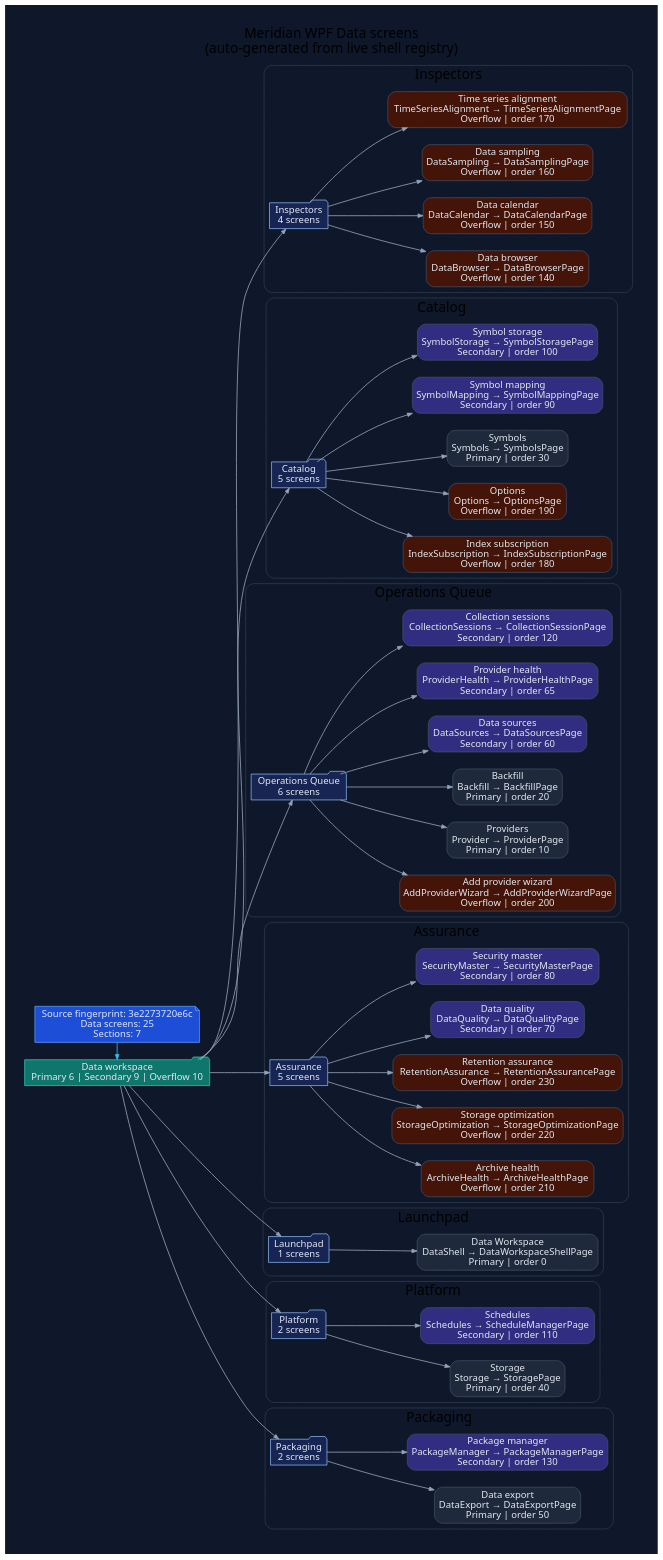
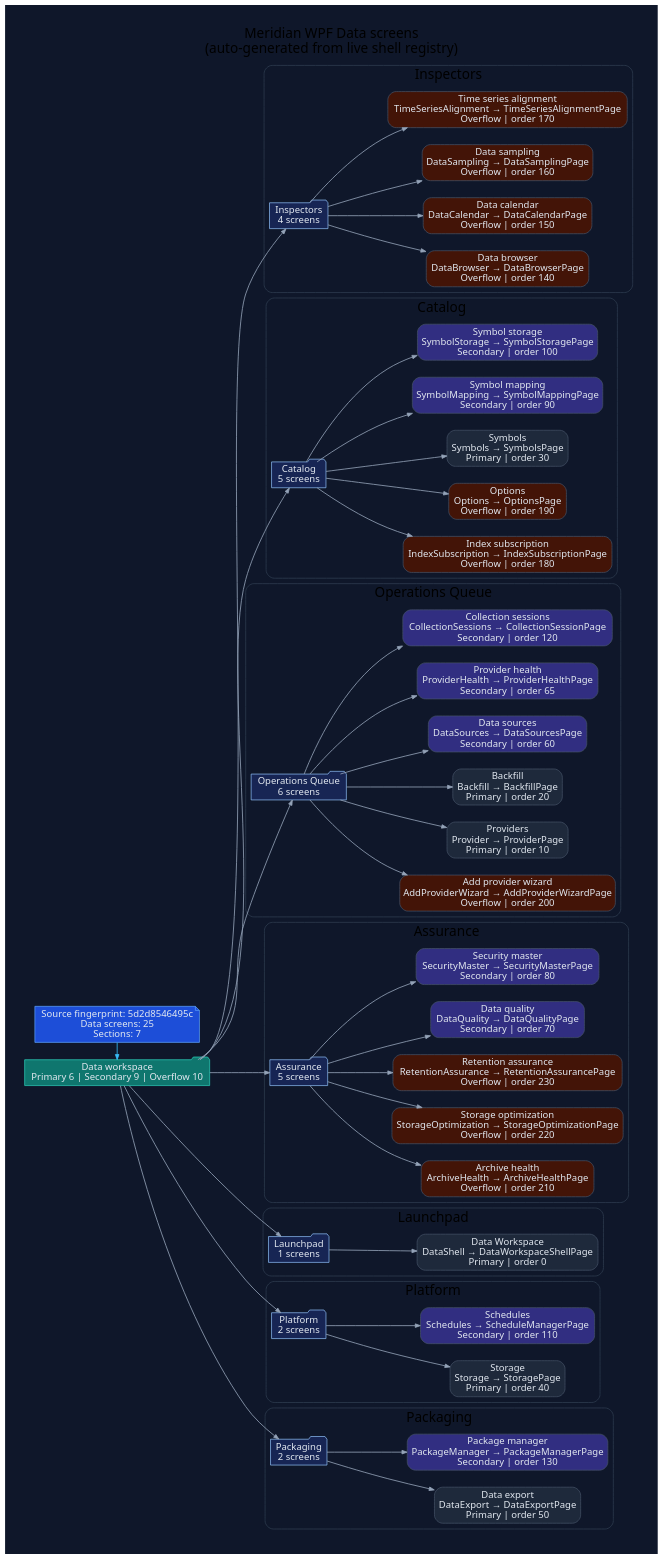
The diagram in docs/diagrams/ui/ui-wpf-screens-data.dot (rodoHasArrived/Meridian-main), drawn with Graphviz before and after one commit. The commit also changed 49 other files, not shown here.

Commit message:
Honor recurring request JSON contracts and refresh generated diagrams

```diff
--- a/docs/diagrams/ui/ui-wpf-screens-data.dot
+++ b/docs/diagrams/ui/ui-wpf-screens-data.dot
@@ -1,132 +1,132 @@
 // -----------------------------------------------------------------------------
 // <auto-generated>
 // Generated by scripts/generate-diagrams.mjs.
 // Do not edit this file directly; update the WPF source files instead.
 // -----------------------------------------------------------------------------
 digraph WpfDataScreens {
   graph [
     rankdir=LR,
     labelloc=t,
     label="Meridian WPF Data screens\n(auto-generated from live shell registry)",
     fontname="Segoe UI",
     fontsize=20,
     pad=0.4,
     nodesep=0.35,
     ranksep=0.85,
     bgcolor="#0f172a"
   ];
   node [fontname="Segoe UI", shape=box, style="rounded,filled", color="#475569", fontcolor="#e2e8f0", fillcolor="#1e293b"];
   edge [fontname="Segoe UI", color="#94a3b8", penwidth=1.2, arrowsize=0.75];
 
-  generated [shape=note, fillcolor="#1d4ed8", color="#60a5fa", label="Source fingerprint: 3e2273720e6c\nData screens: 25\nSections: 7"];
+  generated [shape=note, fillcolor="#1d4ed8", color="#60a5fa", label="Source fingerprint: 5d2d8546495c\nData screens: 25\nSections: 7"];
   workspace [shape=folder, fillcolor="#0f766e", color="#2dd4bf", label="Data workspace\nPrimary 6 | Secondary 9 | Overflow 10"];
   generated -> workspace [color="#38bdf8"];
 
   subgraph cluster_section_1 {
     label="Inspectors";
     color="#334155";
     style="rounded";
     section_1 [shape=folder, fillcolor="#172554", color="#93c5fd", label="Inspectors\n4 screens"];
     workspace -> section_1;
     screen_DataBrowser [fillcolor="#431407", label="Data browser\nDataBrowser → DataBrowserPage\nOverflow | order 140"];
     section_1 -> screen_DataBrowser;
     screen_DataCalendar [fillcolor="#431407", label="Data calendar\nDataCalendar → DataCalendarPage\nOverflow | order 150"];
     section_1 -> screen_DataCalendar;
     screen_DataSampling [fillcolor="#431407", label="Data sampling\nDataSampling → DataSamplingPage\nOverflow | order 160"];
     section_1 -> screen_DataSampling;
     screen_TimeSeriesAlignment [fillcolor="#431407", label="Time series alignment\nTimeSeriesAlignment → TimeSeriesAlignmentPage\nOverflow | order 170"];
     section_1 -> screen_TimeSeriesAlignment;
   }
 
   subgraph cluster_section_2 {
     label="Catalog";
     color="#334155";
     style="rounded";
     section_2 [shape=folder, fillcolor="#172554", color="#93c5fd", label="Catalog\n5 screens"];
     workspace -> section_2;
     screen_IndexSubscription [fillcolor="#431407", label="Index subscription\nIndexSubscription → IndexSubscriptionPage\nOverflow | order 180"];
     section_2 -> screen_IndexSubscription;
     screen_Options [fillcolor="#431407", label="Options\nOptions → OptionsPage\nOverflow | order 190"];
     section_2 -> screen_Options;
     screen_Symbols [fillcolor="#1e293b", label="Symbols\nSymbols → SymbolsPage\nPrimary | order 30"];
     section_2 -> screen_Symbols;
     screen_SymbolMapping [fillcolor="#312e81", label="Symbol mapping\nSymbolMapping → SymbolMappingPage\nSecondary | order 90"];
     section_2 -> screen_SymbolMapping;
     screen_SymbolStorage [fillcolor="#312e81", label="Symbol storage\nSymbolStorage → SymbolStoragePage\nSecondary | order 100"];
     section_2 -> screen_SymbolStorage;
   }
 
   subgraph cluster_section_3 {
     label="Operations Queue";
     color="#334155";
     style="rounded";
     section_3 [shape=folder, fillcolor="#172554", color="#93c5fd", label="Operations Queue\n6 screens"];
     workspace -> section_3;
     screen_AddProviderWizard [fillcolor="#431407", label="Add provider wizard\nAddProviderWizard → AddProviderWizardPage\nOverflow | order 200"];
     section_3 -> screen_AddProviderWizard;
     screen_Provider [fillcolor="#1e293b", label="Providers\nProvider → ProviderPage\nPrimary | order 10"];
     section_3 -> screen_Provider;
     screen_Backfill [fillcolor="#1e293b", label="Backfill\nBackfill → BackfillPage\nPrimary | order 20"];
     section_3 -> screen_Backfill;
     screen_DataSources [fillcolor="#312e81", label="Data sources\nDataSources → DataSourcesPage\nSecondary | order 60"];
     section_3 -> screen_DataSources;
     screen_ProviderHealth [fillcolor="#312e81", label="Provider health\nProviderHealth → ProviderHealthPage\nSecondary | order 65"];
     section_3 -> screen_ProviderHealth;
     screen_CollectionSessions [fillcolor="#312e81", label="Collection sessions\nCollectionSessions → CollectionSessionPage\nSecondary | order 120"];
     section_3 -> screen_CollectionSessions;
   }
 
   subgraph cluster_section_4 {
     label="Assurance";
     color="#334155";
     style="rounded";
     section_4 [shape=folder, fillcolor="#172554", color="#93c5fd", label="Assurance\n5 screens"];
     workspace -> section_4;
     screen_ArchiveHealth [fillcolor="#431407", label="Archive health\nArchiveHealth → ArchiveHealthPage\nOverflow | order 210"];
     section_4 -> screen_ArchiveHealth;
     screen_StorageOptimization [fillcolor="#431407", label="Storage optimization\nStorageOptimization → StorageOptimizationPage\nOverflow | order 220"];
     section_4 -> screen_StorageOptimization;
     screen_RetentionAssurance [fillcolor="#431407", label="Retention assurance\nRetentionAssurance → RetentionAssurancePage\nOverflow | order 230"];
     section_4 -> screen_RetentionAssurance;
     screen_DataQuality [fillcolor="#312e81", label="Data quality\nDataQuality → DataQualityPage\nSecondary | order 70"];
     section_4 -> screen_DataQuality;
     screen_SecurityMaster [fillcolor="#312e81", label="Security master\nSecurityMaster → SecurityMasterPage\nSecondary | order 80"];
     section_4 -> screen_SecurityMaster;
   }
 
   subgraph cluster_section_5 {
     label="Launchpad";
     color="#334155";
     style="rounded";
     section_5 [shape=folder, fillcolor="#172554", color="#93c5fd", label="Launchpad\n1 screens"];
     workspace -> section_5;
     screen_DataShell [fillcolor="#1e293b", label="Data Workspace\nDataShell → DataWorkspaceShellPage\nPrimary | order 0"];
     section_5 -> screen_DataShell;
   }
 
   subgraph cluster_section_6 {
     label="Platform";
     color="#334155";
     style="rounded";
     section_6 [shape=folder, fillcolor="#172554", color="#93c5fd", label="Platform\n2 screens"];
     workspace -> section_6;
     screen_Storage [fillcolor="#1e293b", label="Storage\nStorage → StoragePage\nPrimary | order 40"];
     section_6 -> screen_Storage;
     screen_Schedules [fillcolor="#312e81", label="Schedules\nSchedules → ScheduleManagerPage\nSecondary | order 110"];
     section_6 -> screen_Schedules;
   }
 
   subgraph cluster_section_7 {
     label="Packaging";
     color="#334155";
     style="rounded";
     section_7 [shape=folder, fillcolor="#172554", color="#93c5fd", label="Packaging\n2 screens"];
     workspace -> section_7;
     screen_DataExport [fillcolor="#1e293b", label="Data export\nDataExport → DataExportPage\nPrimary | order 50"];
     section_7 -> screen_DataExport;
     screen_PackageManager [fillcolor="#312e81", label="Package manager\nPackageManager → PackageManagerPage\nSecondary | order 130"];
     section_7 -> screen_PackageManager;
   }
 
   { rank=min; generated; workspace; }
 }
```
